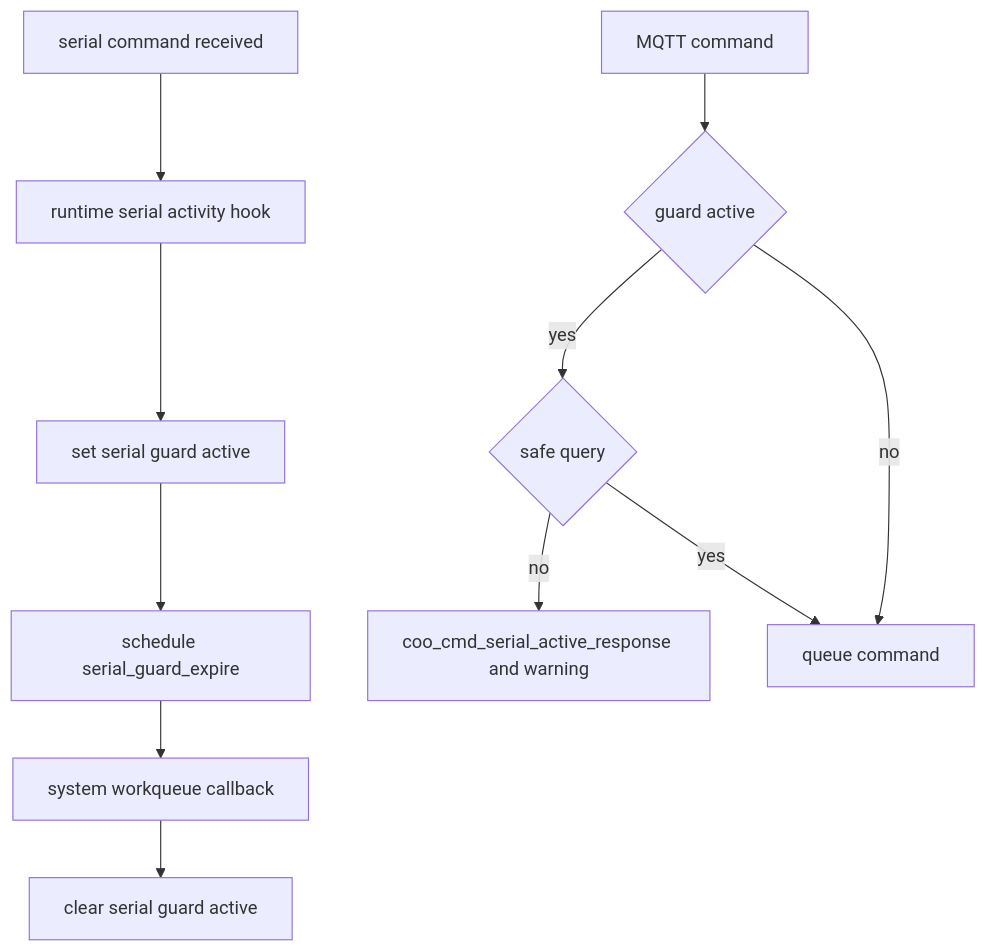
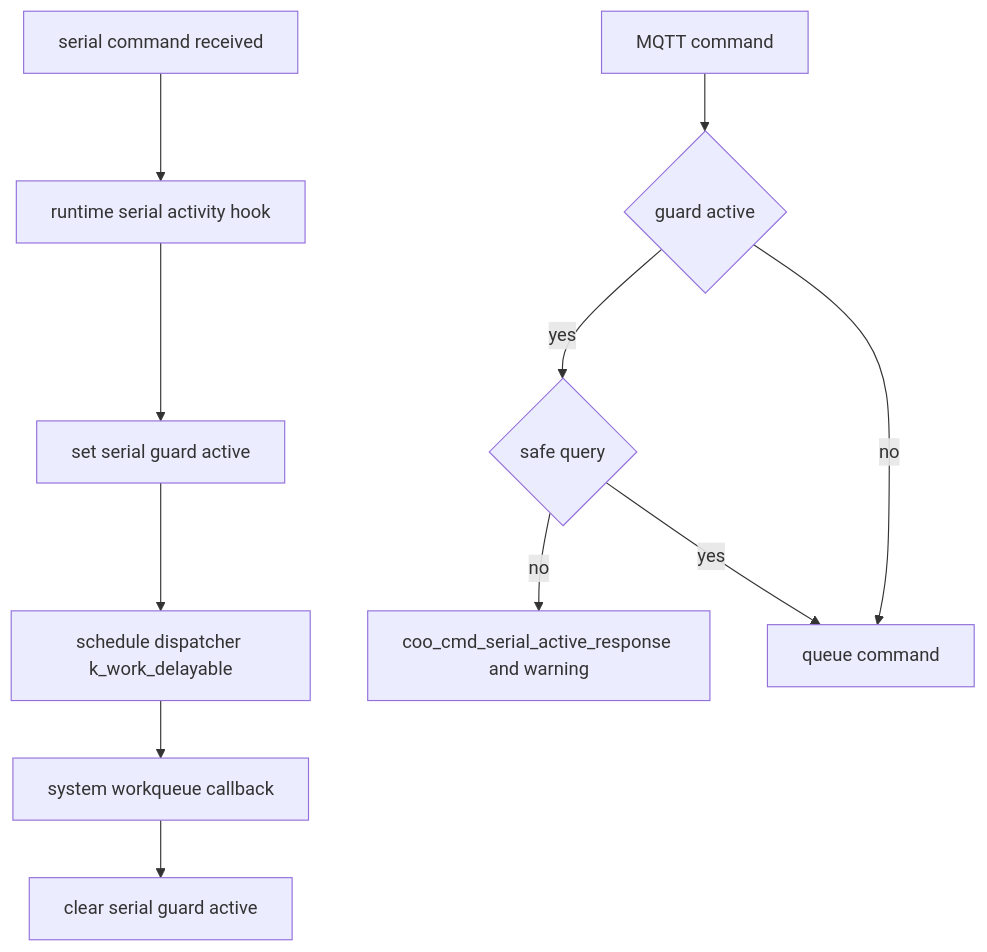
Before and after one commit to COO-Utilities/hispec-tib: the eighth of 22 diagrams in doc/diagrams.md, drawn with Mermaid. The commit also changed other lines of this file and 6 other files, not shown here.

````diff
--- a/doc/diagrams.md
+++ b/doc/diagrams.md
@@ -160,13 +160,13 @@
 ```mermaid
 flowchart TD
   SerialLine[serial command received] --> Note[runtime serial activity hook]
   Note --> Active[set serial guard active]
-  Active --> Schedule[schedule serial_guard_expire]
+  Active --> Schedule[schedule dispatcher k_work_delayable]
   MQTTCommand[MQTT command] --> Check{guard active}
   Check -- yes --> Safe{safe query}
   Safe -- no --> Reject[coo_cmd_serial_active_response and warning]
   Safe -- yes --> Queue[queue command]
   Check -- no --> Queue
   Schedule --> Expire[system workqueue callback]
   Expire --> Clear[clear serial guard active]
 ```
````
